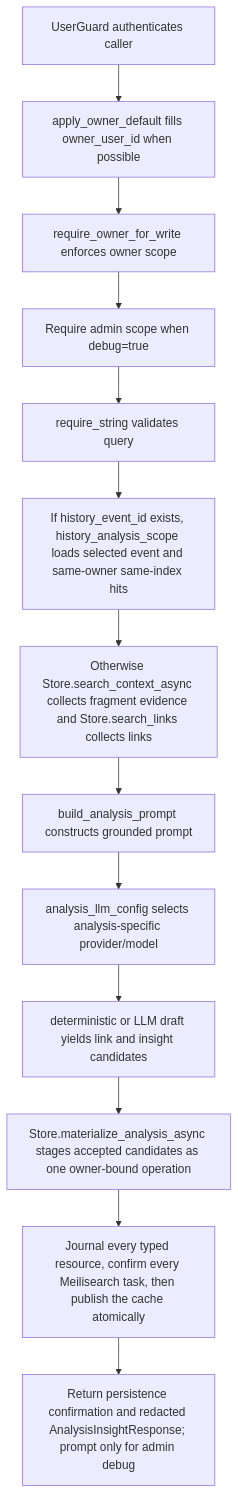
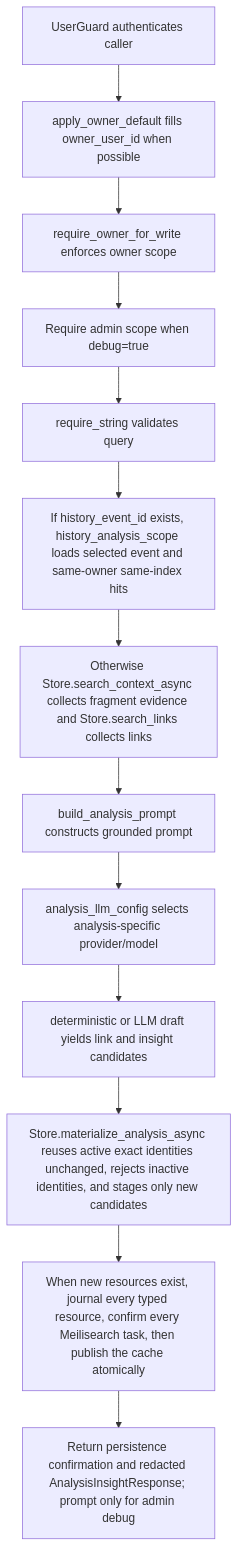
Before and after one commit to dickwu/nowledge: the diagram in doc/api/post_v1_analysis_insights.md, drawn with Mermaid. The commit also changed other lines of this file and 7 other files, not shown here.

````diff
--- a/doc/api/post_v1_analysis_insights.md
+++ b/doc/api/post_v1_analysis_insights.md
@@ -64,28 +65,28 @@
 ```mermaid
 flowchart TD
   n0["UserGuard authenticates caller"]
   n1["apply_owner_default fills owner_user_id when possible"]
   n2["require_owner_for_write enforces owner scope"]
   n3["Require admin scope when debug=true"]
   n4["require_string validates query"]
   n5["If history_event_id exists, history_analysis_scope loads selected event and same-owner same-index hits"]
   n6["Otherwise Store.search_context_async collects fragment evidence and Store.search_links collects links"]
   n7["build_analysis_prompt constructs grounded prompt"]
   n8["analysis_llm_config selects analysis-specific provider/model"]
   n9["deterministic or LLM draft yields link and insight candidates"]
-  n10["Store.materialize_analysis_async stages accepted candidates as one owner-bound operation"]
-  n11["Journal every typed resource, confirm every Meilisearch task, then publish the cache atomically"]
+  n10["Store.materialize_analysis_async reuses active exact identities unchanged, rejects inactive identities, and stages only new candidates"]
+  n11["When new resources exist, journal every typed resource, confirm every Meilisearch task, then publish the cache atomically"]
   n12["Return persistence confirmation and redacted AnalysisInsightResponse; prompt only for admin debug"]
   n0 --> n1
   n1 --> n2
   n2 --> n3
   n3 --> n4
   n4 --> n5
   n5 --> n6
   n6 --> n7
   n7 --> n8
   n8 --> n9
   n9 --> n10
   n10 --> n11
   n11 --> n12
 ```
````
